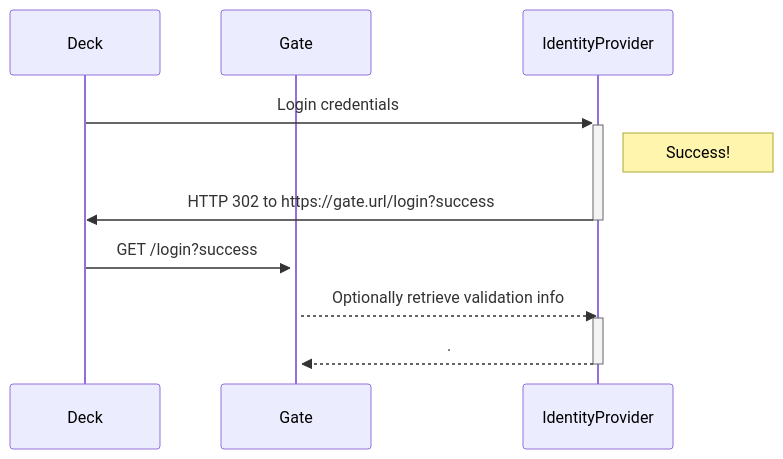
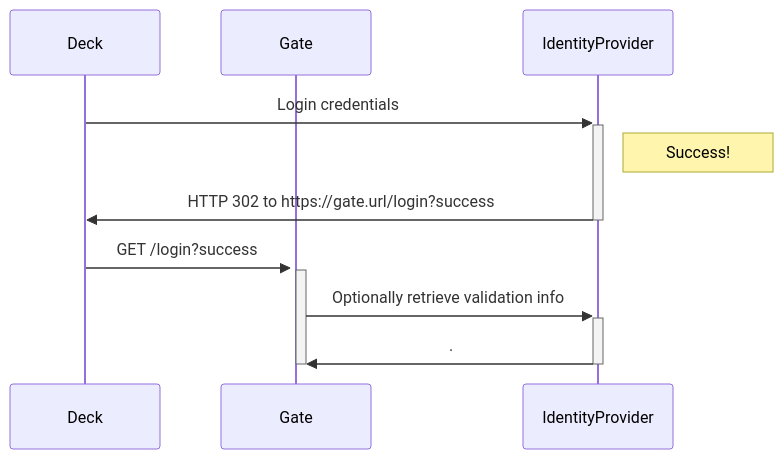
Before and after one commit to spinnaker/spinnaker.github.io: the fourth of 6 diagrams in setup/security/authentication/index.md, drawn with Mermaid. The commit also changed other lines of this file and 7 other files, not shown here.

```diff
--- a/setup/security/authentication/index.md
+++ b/setup/security/authentication/index.md
@@ -120,16 +120,16 @@
     <div class="mermaid">
 		sequenceDiagram
 		participant Deck
 		participant Gate
 		participant IdentityProvider
 
 		Deck->>+IdentityProvider: Login credentials
 		Note right of IdentityProvider: Success!
 		IdentityProvider->>-Deck: HTTP 302 to https://gate.url/login?success
 
+        activate Gate
 		Deck->>+Gate: GET /login?success
-		Gate-->>IdentityProvider: Optionally retrieve validation info
-		activate IdentityProvider
-		IdentityProvider-->>Gate: .
-		deactivate IdentityProvider
+		Gate->>+IdentityProvider: Optionally retrieve validation info
+		IdentityProvider->>-Gate: .
+		deactivate Gate
 	</div>
```
